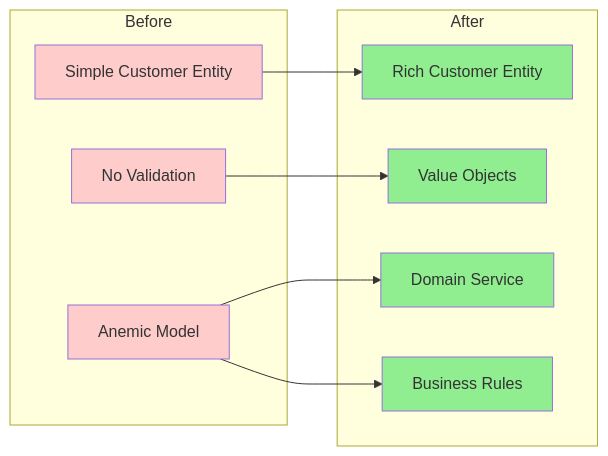
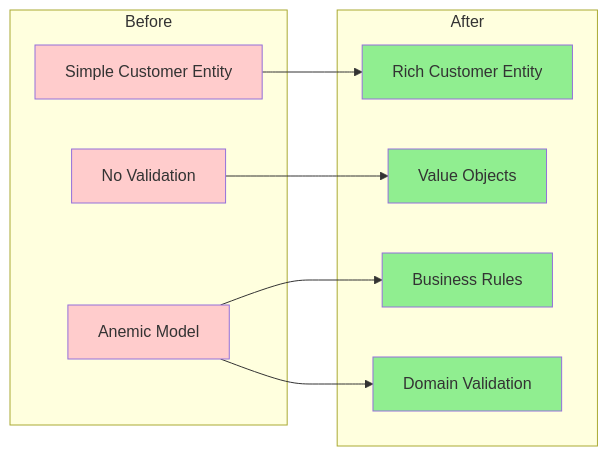
Before and after one commit to 12SOAT-Workshop-FIAP/garage-management-system: the third of 16 diagrams in docs/hexagonal-architecture-migration.md, drawn with Mermaid. The commit also changed other lines of this file, not shown here.

````diff
--- a/docs/hexagonal-architecture-migration.md
+++ b/docs/hexagonal-architecture-migration.md
@@ -127,28 +124,28 @@
 ```mermaid
 graph LR
     subgraph "Before"
         A[Simple Customer Entity]
         B[No Validation]
         C[Anemic Model]
     end
     
     subgraph "After"
         D[Rich Customer Entity]
         E[Value Objects]
-        F[Domain Service]
-        G[Business Rules]
+        F[Business Rules]
+        G[Domain Validation]
     end
     
     A --> D
     B --> E
     C --> F
     C --> G
     
     style A fill:#ffcccc
     style B fill:#ffcccc
     style C fill:#ffcccc
     style D fill:#90EE90
     style E fill:#90EE90
     style F fill:#90EE90
     style G fill:#90EE90
 ```
````
